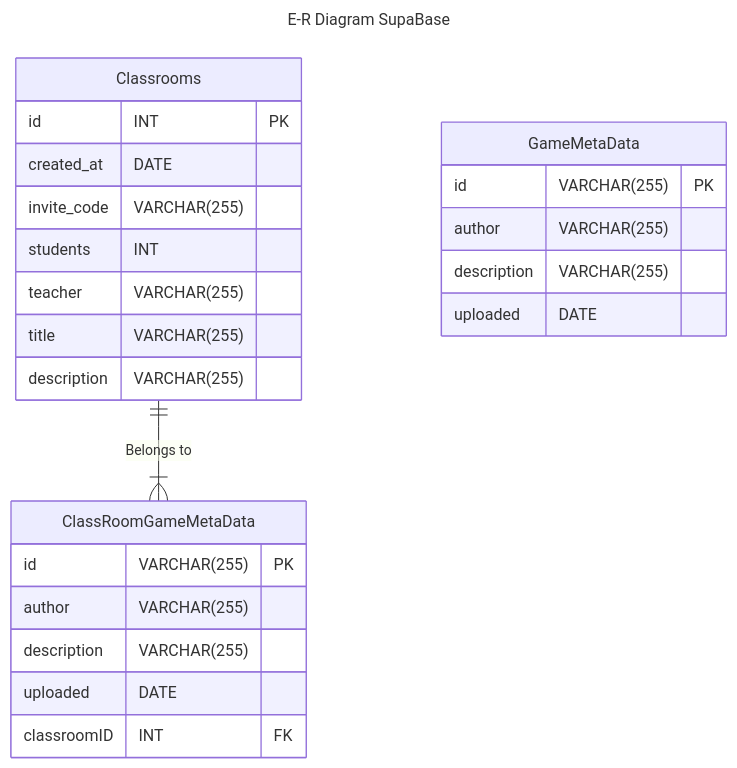
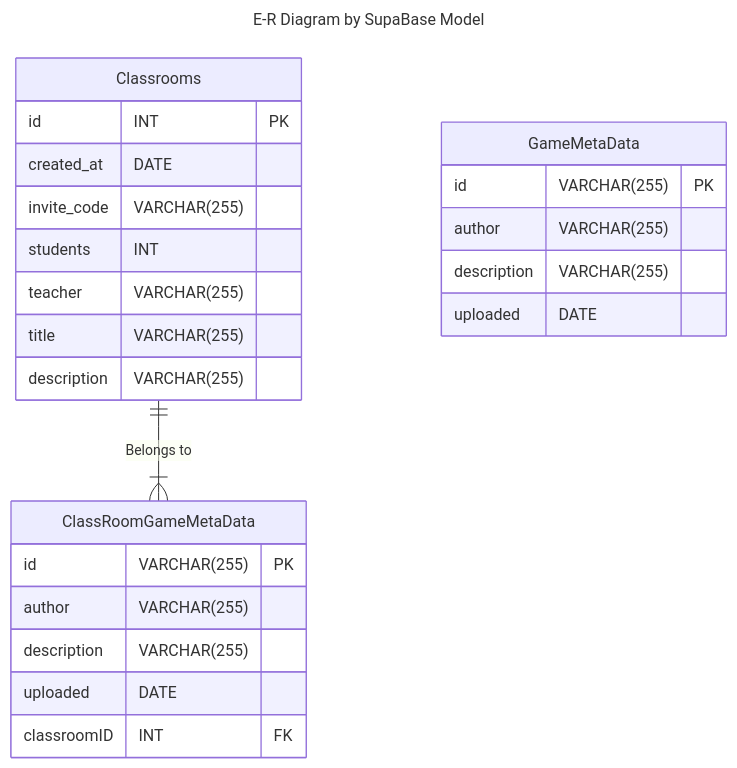
Before and after one commit to Capstone-Projects-2024-Spring/project-blastpad: the diagram in documentation/docs/system-architecture/entity-relation-diagram.md, drawn with Mermaid.

Commit message:
updated title

````diff
--- a/documentation/docs/system-architecture/entity-relation-diagram.md
+++ b/documentation/docs/system-architecture/entity-relation-diagram.md
@@ -13,29 +13,29 @@
 ```mermaid
 ---
-title: "E-R Diagram SupaBase"
+title: "E-R Diagram by SupaBase Model"
 ---
 erDiagram
     Classrooms {
         id INT PK
         created_at DATE
         invite_code VARCHAR(255)
         students INT
         teacher VARCHAR(255)
         title VARCHAR(255)
         description VARCHAR(255)
     }
     ClassRoomGameMetaData{
         id VARCHAR(255) PK
         author VARCHAR(255)
         description VARCHAR(255)
         uploaded DATE
         classroomID INT FK
     }
     GameMetaData {
 		id VARCHAR(255) PK
         author VARCHAR(255)
         description VARCHAR(255)
         uploaded DATE
     }
     Classrooms ||--|{ ClassRoomGameMetaData : "Belongs to"
 ```
````
